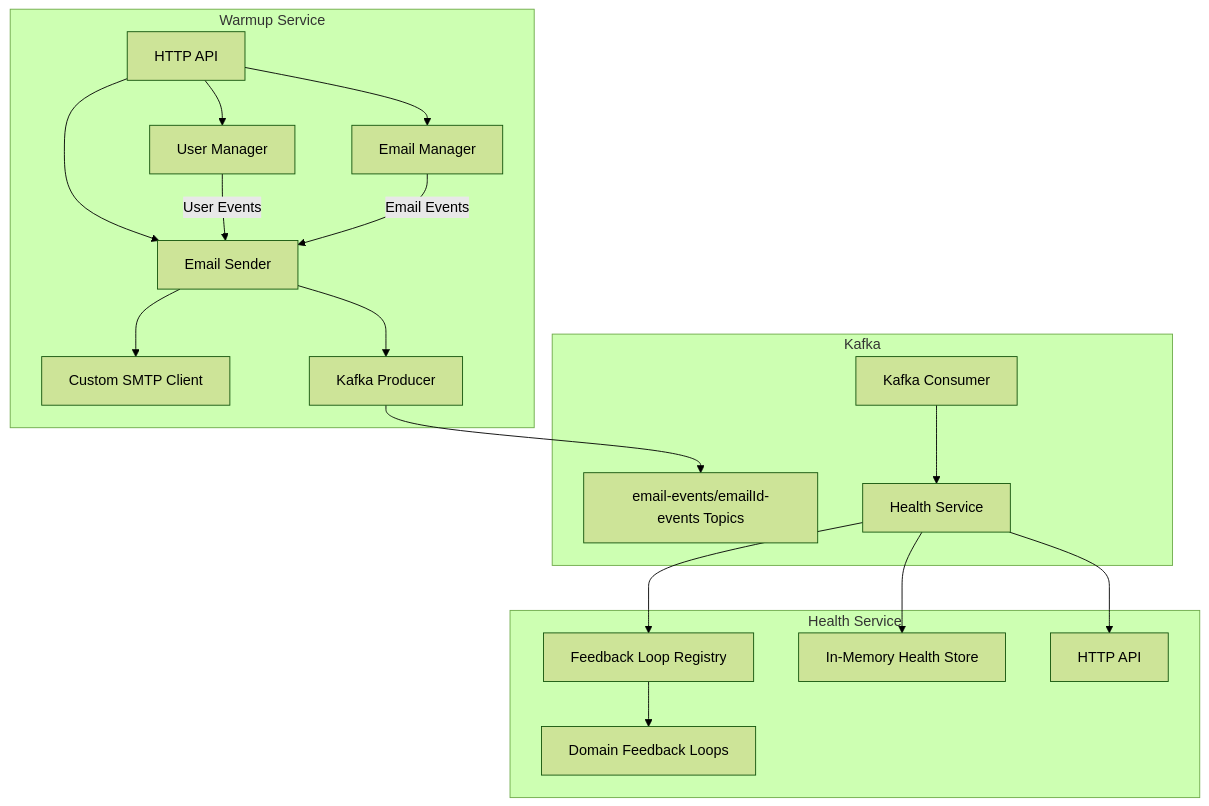
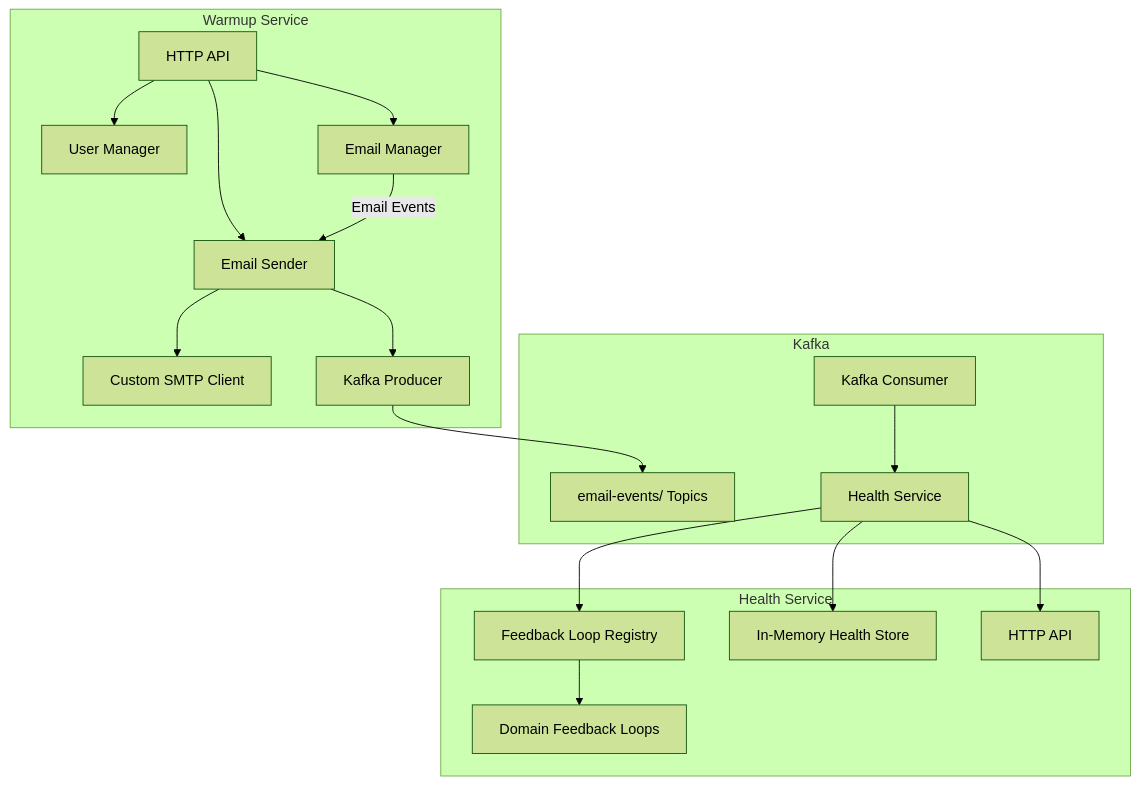
One commit to AbhinitKumarRai/email-managment-system changed the diagram in README.md. Above: the diagram before and after it, drawn with Mermaid (forest theme).

````diff
--- a/README.md
+++ b/README.md
@@ -34,22 +34,21 @@
 ```mermaid
 graph TD
   subgraph Warmup Service
     A[HTTP API] --> B[User Manager]
     A --> C[Email Manager]
     A --> D[Email Sender]
     D --> E[Custom SMTP Client]
     D --> F[Kafka Producer]
-    B -->|User Events| D
     C -->|Email Events| D
   end
   subgraph Kafka
-    F --> G[email-events/emailId-events Topics]
+    F --> G[email-events/ Topics]
     H[Kafka Consumer] --> I[Health Service]
   end
   subgraph Health Service
     I --> J[Feedback Loop Registry]
     J --> K[Domain Feedback Loops]
     I --> L[In-Memory Health Store]
     I --> M[HTTP API]
   end
 ```
````
